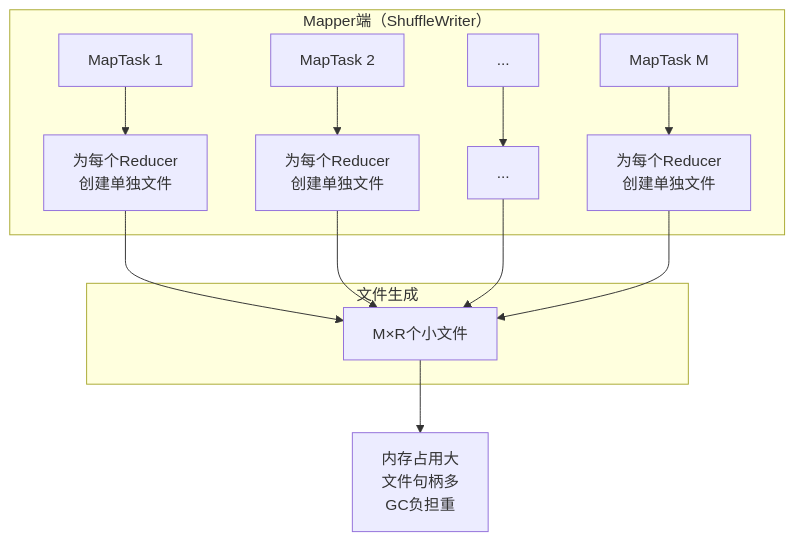
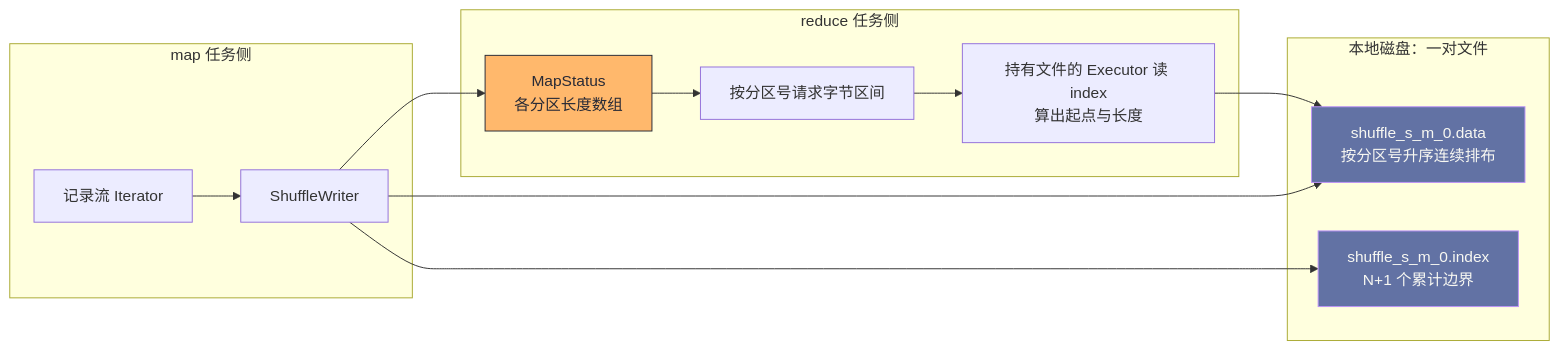
The first of 6 diagrams in content/大数据/Spark/读书笔记-spark内核/05_Shuffle核心机制/5. Spark_Shuffle演进_Hash_to_Sort.md (hpliStartAgain/my-brain), drawn with Mermaid before and after one commit. The commit also changed other lines of this file and 259 other files, not shown here.

````diff
--- a/content/大数据/Spark/读书笔记-spark内核/05_Shuffle核心机制/5. Spark_Shuffle演进_Hash_to_Sort.md
+++ b/content/大数据/Spark/读书笔记-spark内核/05_Shuffle核心机制/5. Spark_Shuffle演进_Hash_to_Sort.md
@@ -25,18 +82,23 @@
 ```mermaid
-flowchart TD
-    subgraph "Mapper端（ShuffleWriter）"
-        A["MapTask 1"] --> B["为每个Reducer<br>创建单独文件"]
-        C["MapTask 2"] --> D["为每个Reducer<br>创建单独文件"]
-        E["..."] --> F["..."]
-        G["MapTask M"] --> H["为每个Reducer<br>创建单独文件"]
+%%{init: {'theme': 'dracula'}}%%
+flowchart LR
+    subgraph W["map 任务侧"]
+        R["记录流 Iterator"] --> S["ShuffleWriter"]
     end
-    
-    subgraph "文件生成"
-        B --> I["M×R个小文件"]
-        D --> I
-        F --> I
-        H --> I
+    subgraph F["本地磁盘：一对文件"]
+        D["shuffle_s_m_0.data<br/>按分区号升序连续排布"]
+        I["shuffle_s_m_0.index<br/>N+1 个累计边界"]
     end
-    
-    I --> J["内存占用大<br>文件句柄多<br>GC负担重"]
+    subgraph RD["reduce 任务侧"]
+        MS["MapStatus<br/>各分区长度数组"] --> FETCH["按分区号请求字节区间"]
+        FETCH --> SLICE["持有文件的 Executor 读 index<br/>算出起点与长度"]
+        SLICE --> D
+    end
+    S --> D
+    S --> I
+    S --> MS
+    classDef file fill:#6272a4,stroke:#bd93f9,color:#f8f8f2
+    classDef meta fill:#ffb86c,stroke:#282a36,color:#282a36
+    class D,I file
+    class MS meta
 ```
````
